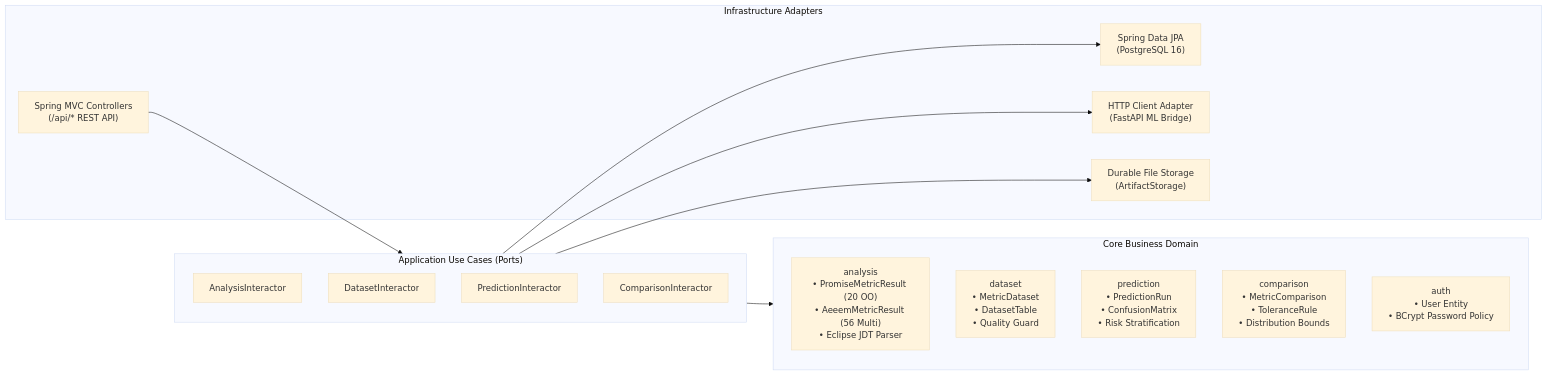
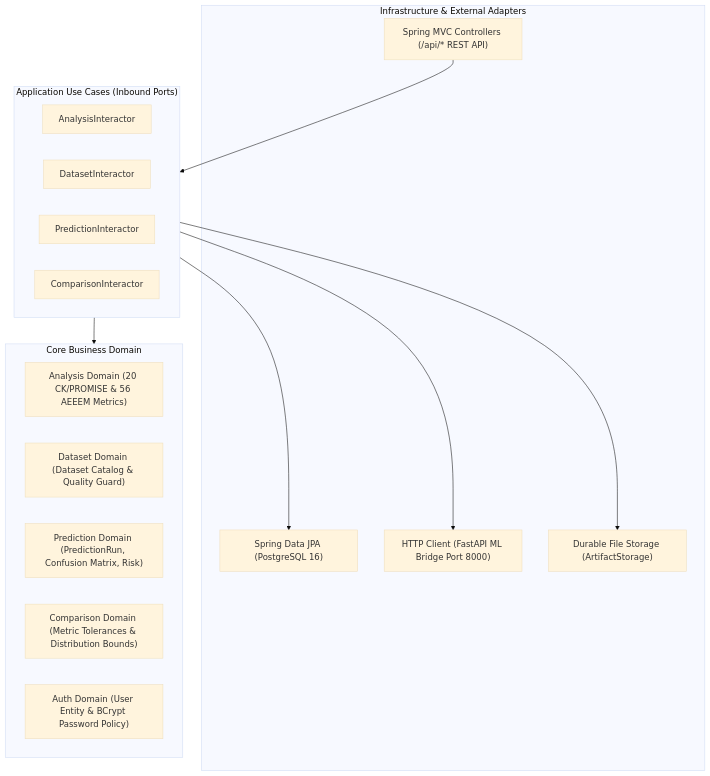
One commit to Rakibul1411/Software-Metrics-Calculation changed the second of 5 diagrams in README.md. Above: the diagram before and after it, drawn with Mermaid (base theme). The commit also changed other lines of this file, not shown here.

Commit message:
docs: update architecture, domain, and workflow diagrams in README

````diff
--- a/README.md
+++ b/README.md
@@ -103,30 +103,30 @@
 ```mermaid
-flowchart LR
-    subgraph Core_Domain["Core Business Domain"]
-        D1["analysis<br/>• PromiseMetricResult (20 OO)<br/>• AeeemMetricResult (56 Multi)<br/>• Eclipse JDT Parser"]
-        D2["dataset<br/>• MetricDataset<br/>• DatasetTable<br/>• Quality Guard"]
-        D3["prediction<br/>• PredictionRun<br/>• ConfusionMatrix<br/>• Risk Stratification"]
-        D4["comparison<br/>• MetricComparison<br/>• ToleranceRule<br/>• Distribution Bounds"]
-        D5["auth<br/>• User Entity<br/>• BCrypt Password Policy"]
+flowchart TD
+    subgraph Infrastructure_Adapters["Infrastructure & External Adapters"]
+        A_REST["Spring MVC Controllers (/api/* REST API)"]
+        A_DB["Spring Data JPA (PostgreSQL 16)"]
+        A_ML["HTTP Client (FastAPI ML Bridge Port 8000)"]
+        A_FILE["Durable File Storage (ArtifactStorage)"]
     end
 
-    subgraph UseCases["Application Use Cases (Ports)"]
+    subgraph UseCases["Application Use Cases (Inbound Ports)"]
         UC1["AnalysisInteractor"]
         UC2["DatasetInteractor"]
         UC3["PredictionInteractor"]
         UC4["ComparisonInteractor"]
     end
 
-    subgraph Infrastructure_Adapters["Infrastructure Adapters"]
-        A_REST["Spring MVC Controllers<br/>(/api/* REST API)"]
-        A_DB["Spring Data JPA<br/>(PostgreSQL 16)"]
-        A_ML["HTTP Client Adapter<br/>(FastAPI ML Bridge)"]
-        A_FILE["Durable File Storage<br/>(ArtifactStorage)"]
+    subgraph Core_Domain["Core Business Domain"]
+        D1["Analysis Domain (20 CK/PROMISE & 56 AEEEM Metrics)"]
+        D2["Dataset Domain (Dataset Catalog & Quality Guard)"]
+        D3["Prediction Domain (PredictionRun, Confusion Matrix, Risk)"]
+        D4["Comparison Domain (Metric Tolerances & Distribution Bounds)"]
+        D5["Auth Domain (User Entity & BCrypt Password Policy)"]
     end
 
     A_REST --> UseCases
     UseCases --> Core_Domain
     UseCases --> A_DB
     UseCases --> A_ML
     UseCases --> A_FILE
 ```
````
